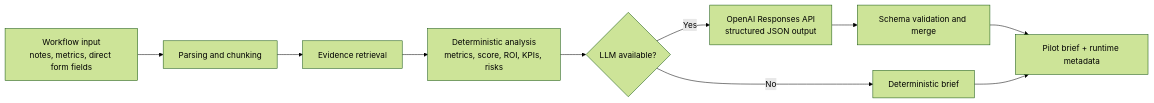
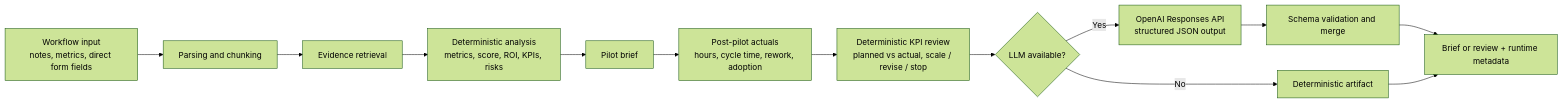
The diagram in README.md (ElijahMuessemeyer/ops-pilot), drawn with Mermaid (forest theme) before and after one commit. The commit also changed other lines of this file and 18 other files, not shown here.

Commit message:
Add post-pilot KPI review workflow

````diff
--- a/README.md
+++ b/README.md
@@ -27,12 +29,15 @@
 ```mermaid
 flowchart LR
     A["Workflow input<br/>notes, metrics, direct form fields"] --> B["Parsing and chunking"]
     B --> C["Evidence retrieval"]
     C --> D["Deterministic analysis<br/>metrics, score, ROI, KPIs, risks"]
-    D --> E{"LLM available?"}
-    E -- No --> F["Deterministic brief"]
-    E -- Yes --> G["OpenAI Responses API<br/>structured JSON output"]
-    G --> H["Schema validation and merge"]
-    H --> I["Pilot brief + runtime metadata"]
-    F --> I
+    D --> E["Pilot brief"]
+    E --> F["Post-pilot actuals<br/>hours, cycle time, rework, adoption"]
+    F --> G["Deterministic KPI review<br/>planned vs actual, scale / revise / stop"]
+    G --> H{"LLM available?"}
+    H -- No --> I["Deterministic artifact"]
+    H -- Yes --> J["OpenAI Responses API<br/>structured JSON output"]
+    J --> K["Schema validation and merge"]
+    K --> L["Brief or review + runtime metadata"]
+    I --> L
 ```
````
